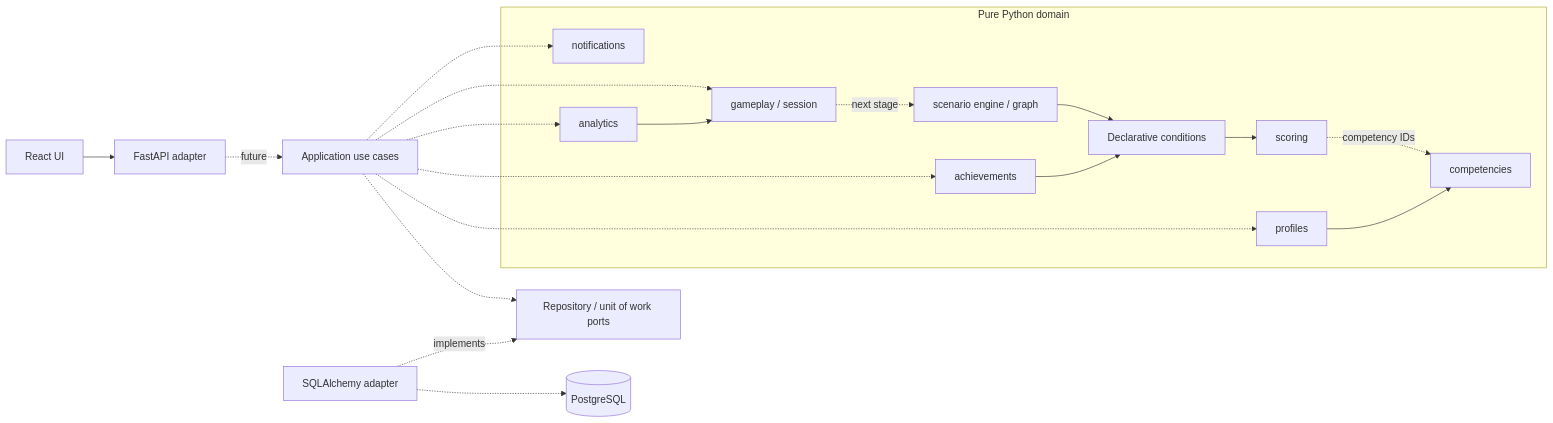
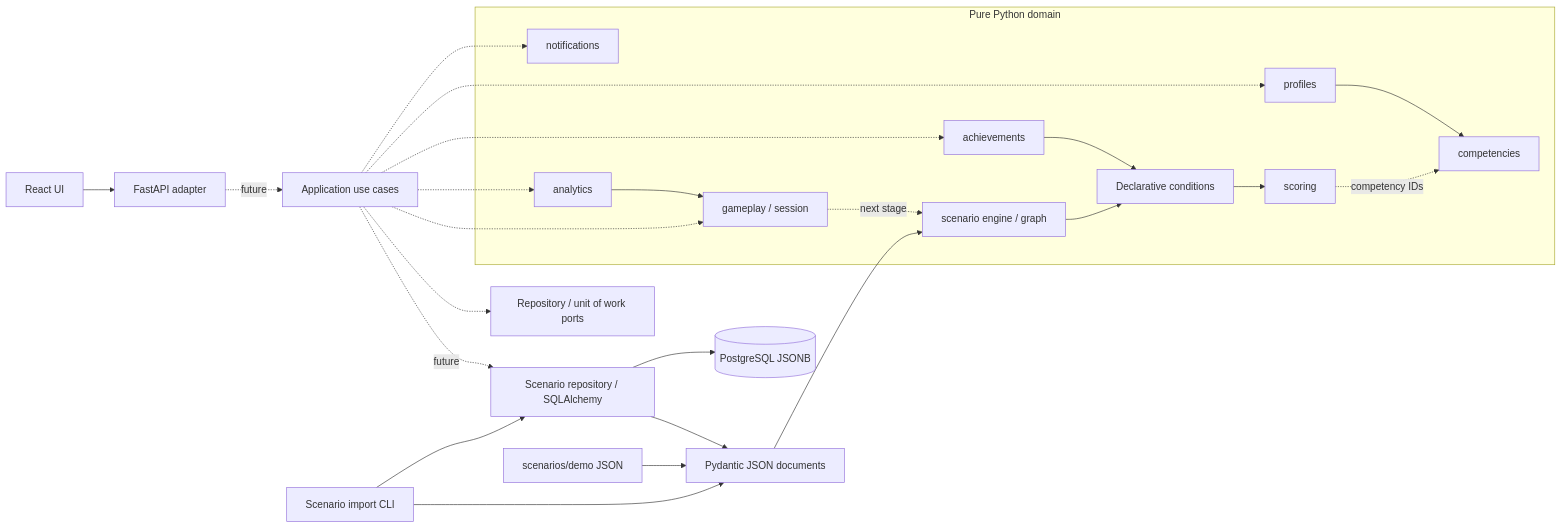
One commit to chidori31/vsm-training-platform changed the diagram in docs/ARCHITECTURE.md. Above: the diagram before and after it, drawn with Mermaid. The commit also changed other lines of this file and 23 other files, not shown here.

Commit message:
feat: add scenario schema and persistence

````diff
--- a/docs/ARCHITECTURE.md
+++ b/docs/ARCHITECTURE.md
@@ -17,23 +18,28 @@
 ```mermaid
 flowchart LR
     React[React UI] --> API[FastAPI adapter]
     API -. future .-> UseCases[Application use cases]
     UseCases -.-> Gameplay[gameplay / session]
     UseCases -.-> Ports[Repository / unit of work ports]
-    SQL[SQLAlchemy adapter] -. implements .-> Ports
-    SQL -.-> PG[(PostgreSQL)]
+    CLI[Scenario import CLI] --> Documents[Pydantic JSON documents]
+    Files[scenarios/demo JSON] --> Documents
+    CLI --> SQL[Scenario repository / SQLAlchemy]
+    SQL --> Documents
+    SQL --> PG[(PostgreSQL JSONB)]
+    Documents --> Engine
+    UseCases -. future .-> SQL
     subgraph Domain[Pure Python domain]
         Gameplay -. next stage .-> Engine[scenario engine / graph]
         Engine --> Rules[Declarative conditions]
         Rules --> Scoring[scoring]
         Scoring -. competency IDs .-> Competencies[competencies]
         Profiles[profiles] --> Competencies
         Achievements[achievements] --> Rules
         Notifications[notifications]
         Analytics[analytics] --> Gameplay
     end
     UseCases -.-> Profiles
     UseCases -.-> Achievements
     UseCases -.-> Notifications
     UseCases -.-> Analytics
 ```
````
